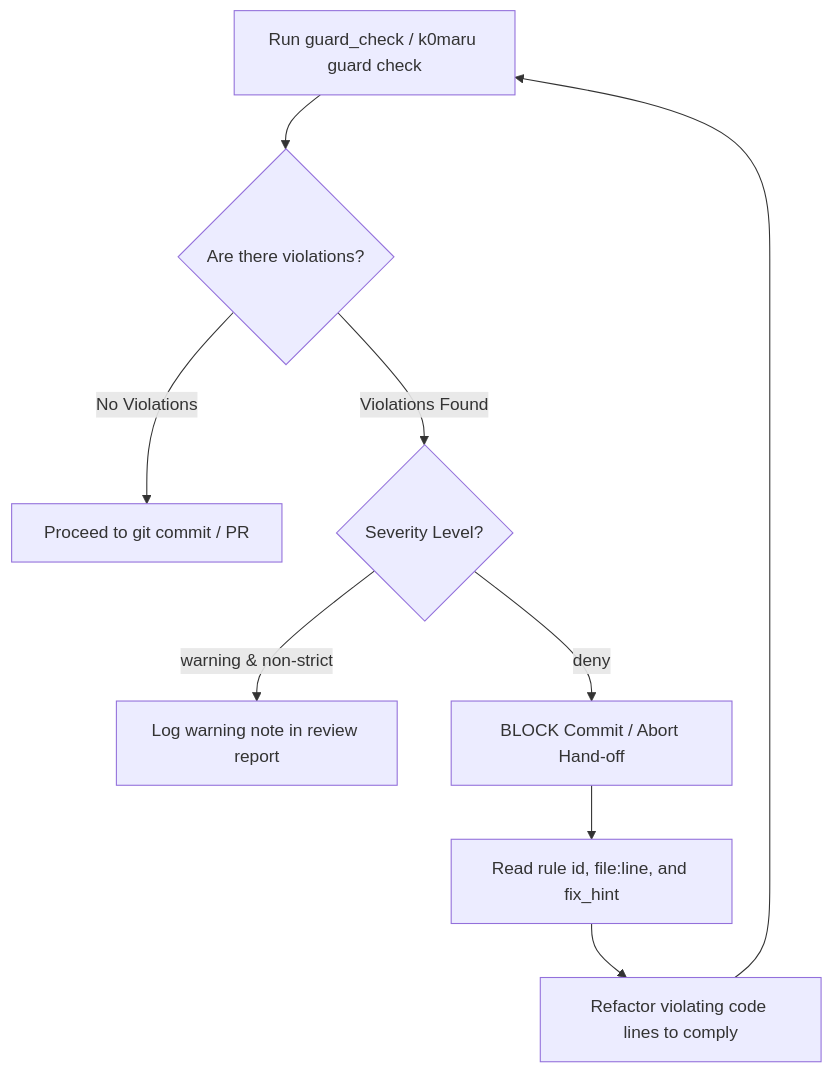
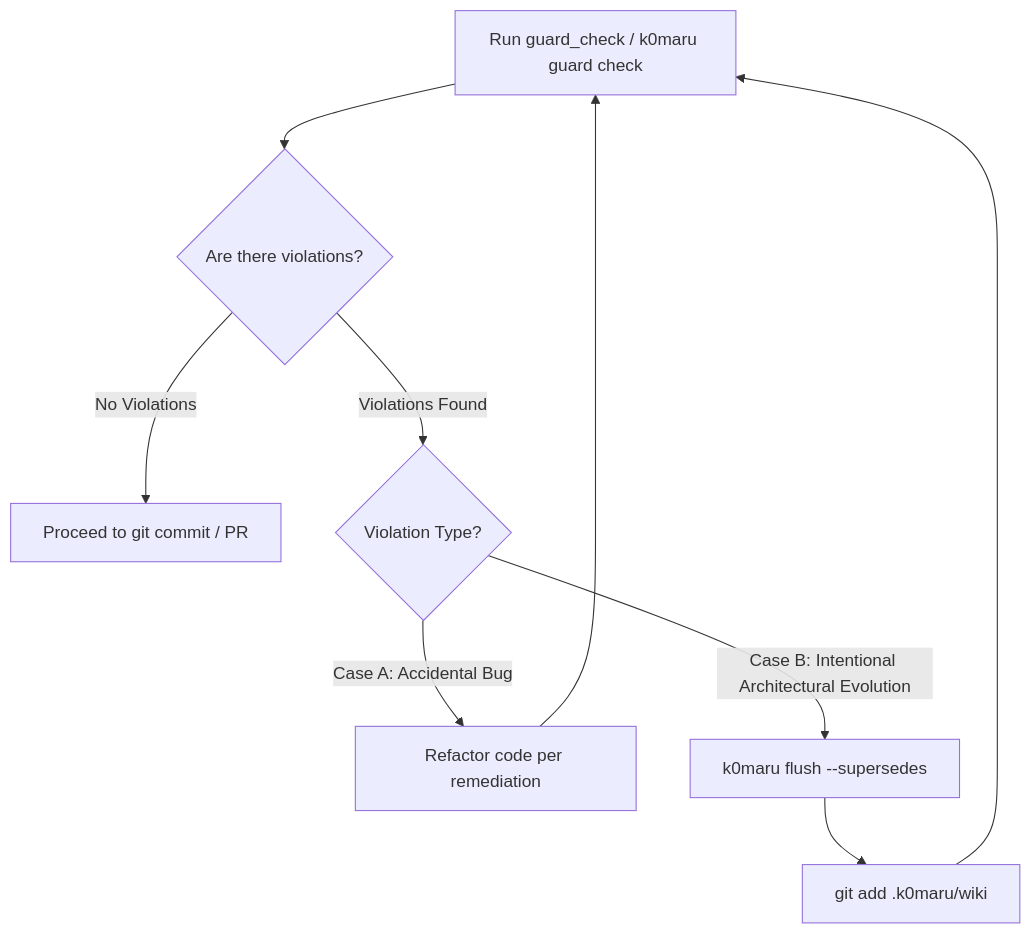
The diagram in plugins/k0maru-memory/skills/k0maru-guard/SKILL.md (K0maru/k0maru-agent-memory), drawn with Mermaid before and after one commit. The commit also changed other lines of this file and 39 other files, not shown here.

````diff
--- a/plugins/k0maru-memory/skills/k0maru-guard/SKILL.md
+++ b/plugins/k0maru-memory/skills/k0maru-guard/SKILL.md
@@ -121,11 +133,11 @@
 ```mermaid
 flowchart TD
     Run["Run guard_check / k0maru guard check"] --> Evaluate{"Are there violations?"}
     Evaluate -->|No Violations| Commit["Proceed to git commit / PR"]
-    Evaluate -->|Violations Found| CheckSev{"Severity Level?"}
-    CheckSev -->|warning & non-strict| Warn["Log warning note in review report"]
-    CheckSev -->|deny| Block["BLOCK Commit / Abort Hand-off"]
-    Block --> ReadFix["Read rule id, file:line, and fix_hint"]
-    ReadFix --> Refactor["Refactor violating code lines to comply"]
+    Evaluate -->|Violations Found| CheckType{"Violation Type?"}
+    CheckType -->|Case A: Accidental Bug| Refactor["Refactor code per remediation"]
+    CheckType -->|Case B: Intentional Architectural Evolution| Supersede["k0maru flush --supersedes <old-adr>"]
     Refactor --> Run
+    Supersede --> Stage["git add .k0maru/wiki"]
+    Stage --> Run
 ```
````
